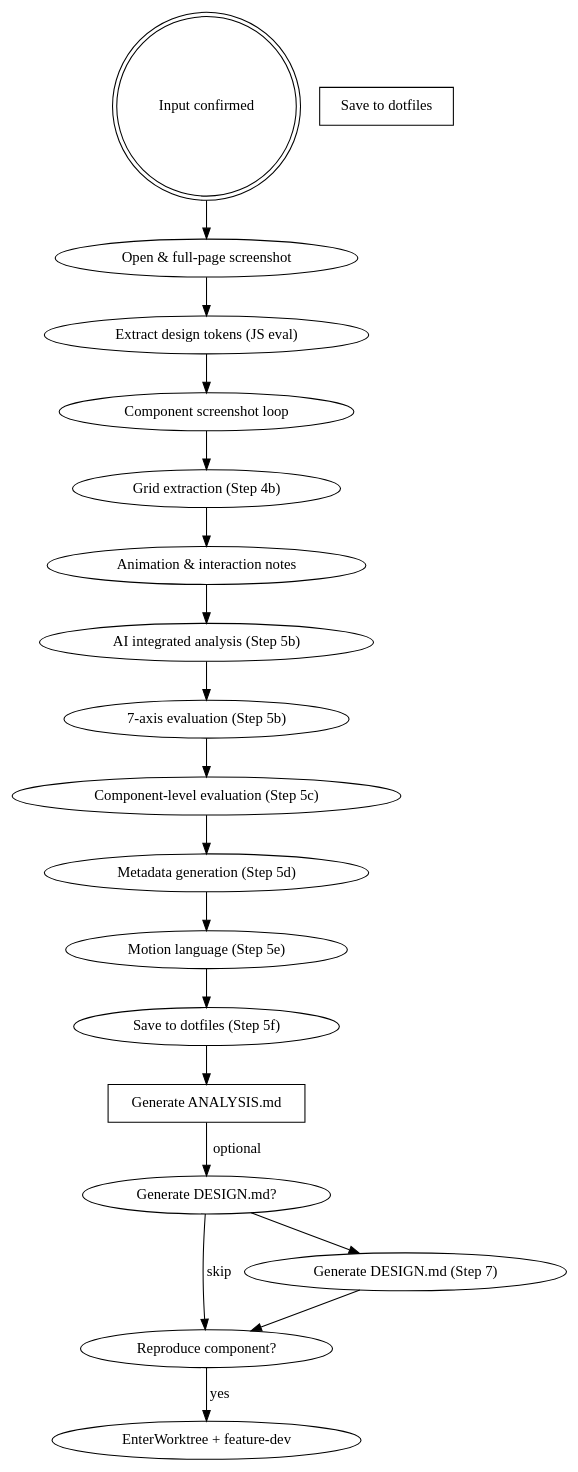
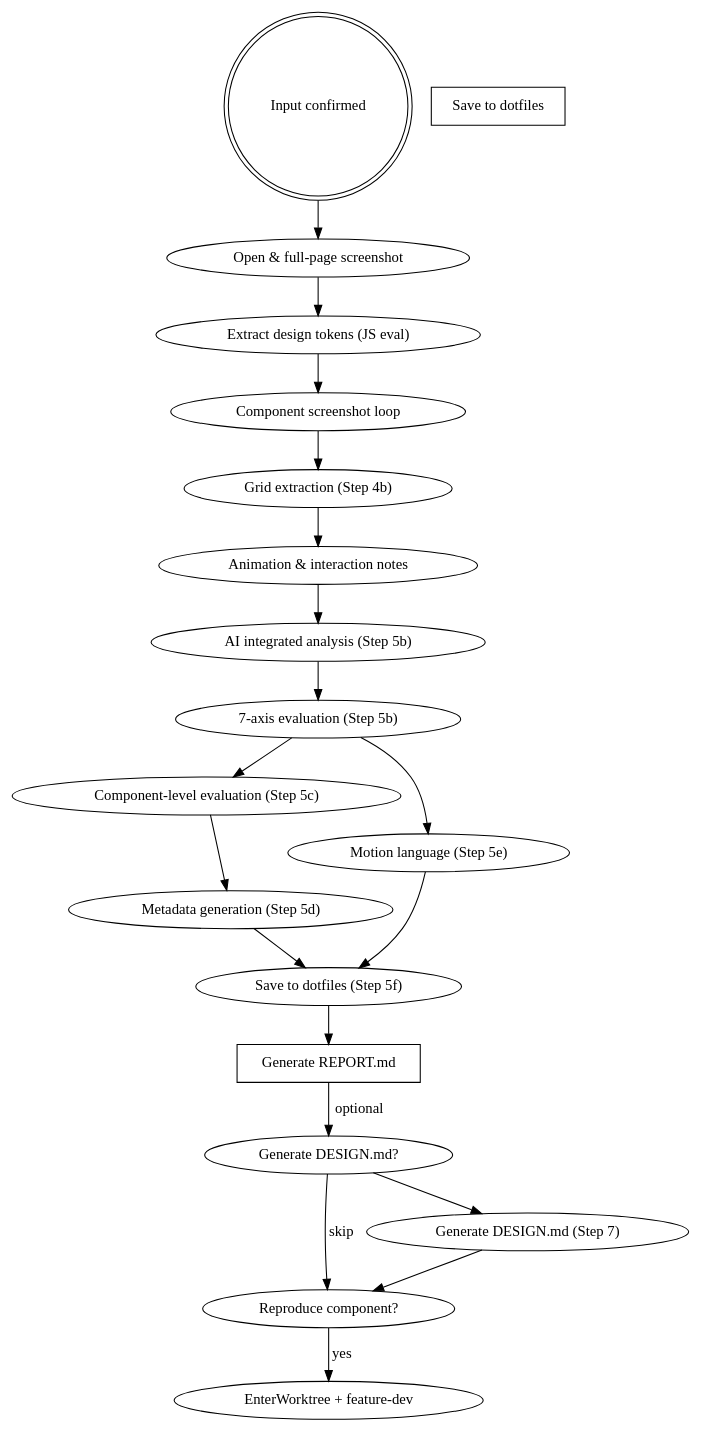
The diagram in home/.claude/skills/user-cloning-website/SKILL.md (sekka/dotfiles), drawn with Graphviz before and after one commit. The commit also changed other lines of this file, not shown here.

First line of the commit message:
fix: REPORT.md への名前変更と確認フロー改善

````diff
--- a/home/.claude/skills/user-cloning-website/SKILL.md
+++ b/home/.claude/skills/user-cloning-website/SKILL.md
@@ -18,25 +18,26 @@
 ```dot
 digraph clone_flow {
   "Input confirmed" [shape=doublecircle];
-  "Generate ANALYSIS.md" [shape=box];
+  "Generate REPORT.md" [shape=box];
   "Save to dotfiles" [shape=box];
 
   "Input confirmed" -> "Open & full-page screenshot";
   "Open & full-page screenshot" -> "Extract design tokens (JS eval)";
   "Extract design tokens (JS eval)" -> "Component screenshot loop";
   "Component screenshot loop" -> "Grid extraction (Step 4b)";
   "Grid extraction (Step 4b)" -> "Animation & interaction notes";
   "Animation & interaction notes" -> "AI integrated analysis (Step 5b)";
   "AI integrated analysis (Step 5b)" -> "7-axis evaluation (Step 5b)";
   "7-axis evaluation (Step 5b)" -> "Component-level evaluation (Step 5c)";
+  "7-axis evaluation (Step 5b)" -> "Motion language (Step 5e)";
   "Component-level evaluation (Step 5c)" -> "Metadata generation (Step 5d)";
-  "Metadata generation (Step 5d)" -> "Motion language (Step 5e)";
+  "Metadata generation (Step 5d)" -> "Save to dotfiles (Step 5f)";
   "Motion language (Step 5e)" -> "Save to dotfiles (Step 5f)";
-  "Save to dotfiles (Step 5f)" -> "Generate ANALYSIS.md";
-  "Generate ANALYSIS.md" -> "Generate DESIGN.md?" [label="optional"];
+  "Save to dotfiles (Step 5f)" -> "Generate REPORT.md";
+  "Generate REPORT.md" -> "Generate DESIGN.md?" [label="optional"];
   "Generate DESIGN.md?" -> "Reproduce component?" [label="skip"];
   "Generate DESIGN.md?" -> "Generate DESIGN.md (Step 7)";
   "Generate DESIGN.md (Step 7)" -> "Reproduce component?";
   "Reproduce component?" -> "EnterWorktree + feature-dev" [label="yes"];
 }
 ```
````
